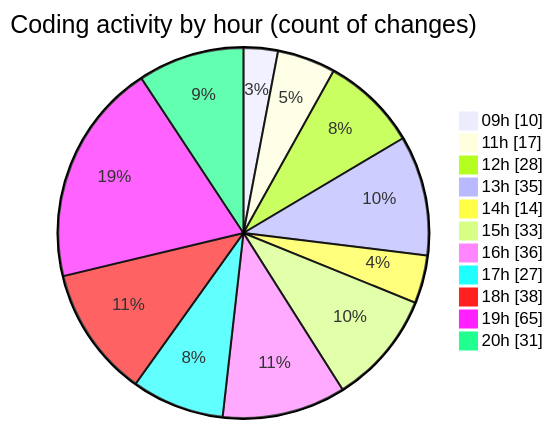
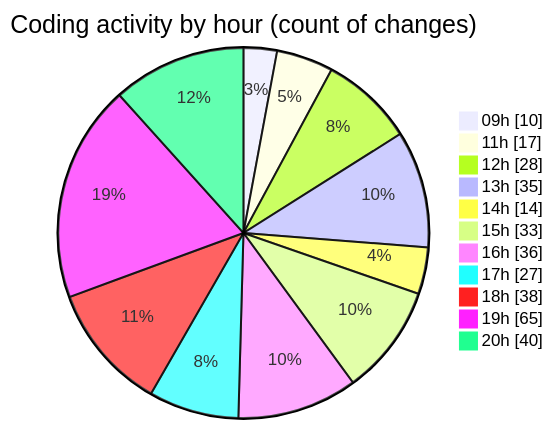
One commit to momahboobian/code-tracking changed the second of 2 diagrams in 2026-05-07/cda/README.md. Above: the diagram before and after it, drawn with Mermaid. The commit also changed other lines of this file and 1 other file, not shown here.

````diff
--- a/2026-05-07/cda/README.md
+++ b/2026-05-07/cda/README.md
@@ -64,15 +64,15 @@
 ```mermaid
 pie showData
 title Coding activity by hour (count of changes)
 "09h" : 10
 "11h" : 17
 "12h" : 28
 "13h" : 35
 "14h" : 14
 "15h" : 33
 "16h" : 36
 "17h" : 27
 "18h" : 38
 "19h" : 65
-"20h" : 31
+"20h" : 40
 ```
````
